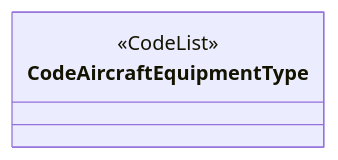
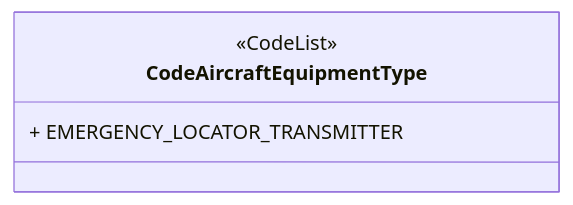
One commit to hlepori/testAIRM changed diagram 28 of 46 in README.md. Above: the diagram before and after it, drawn with Mermaid. The commit also changed other lines of this file, not shown here.

````diff
--- a/README.md
+++ b/README.md
@@ -697,5 +741,6 @@
 ```mermaid	
 classDiagram	
 class CodeAircraftEquipmentType	
 <<CodeList>> CodeAircraftEquipmentType	
+CodeAircraftEquipmentType : + EMERGENCY_LOCATOR_TRANSMITTER	
 ```	
````
